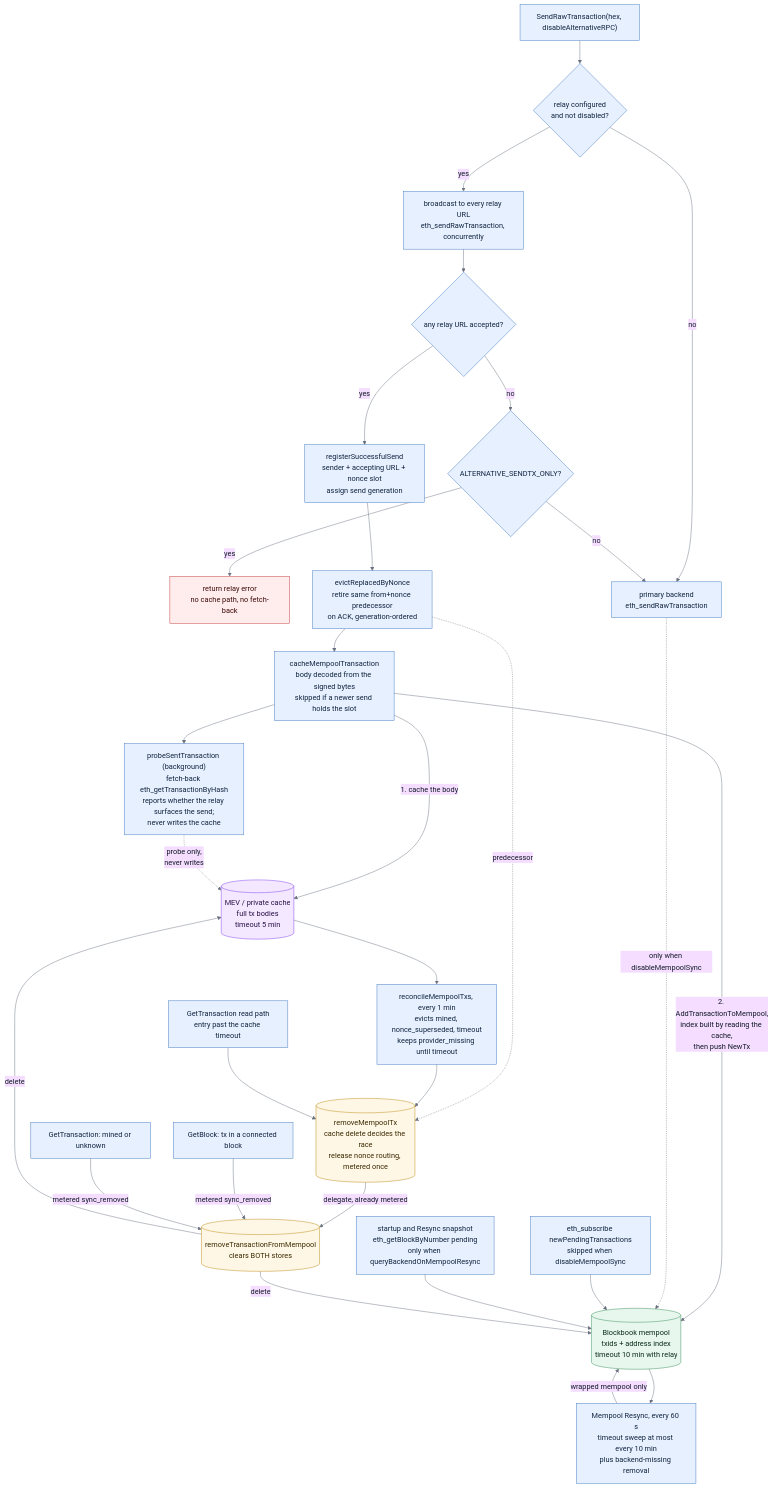
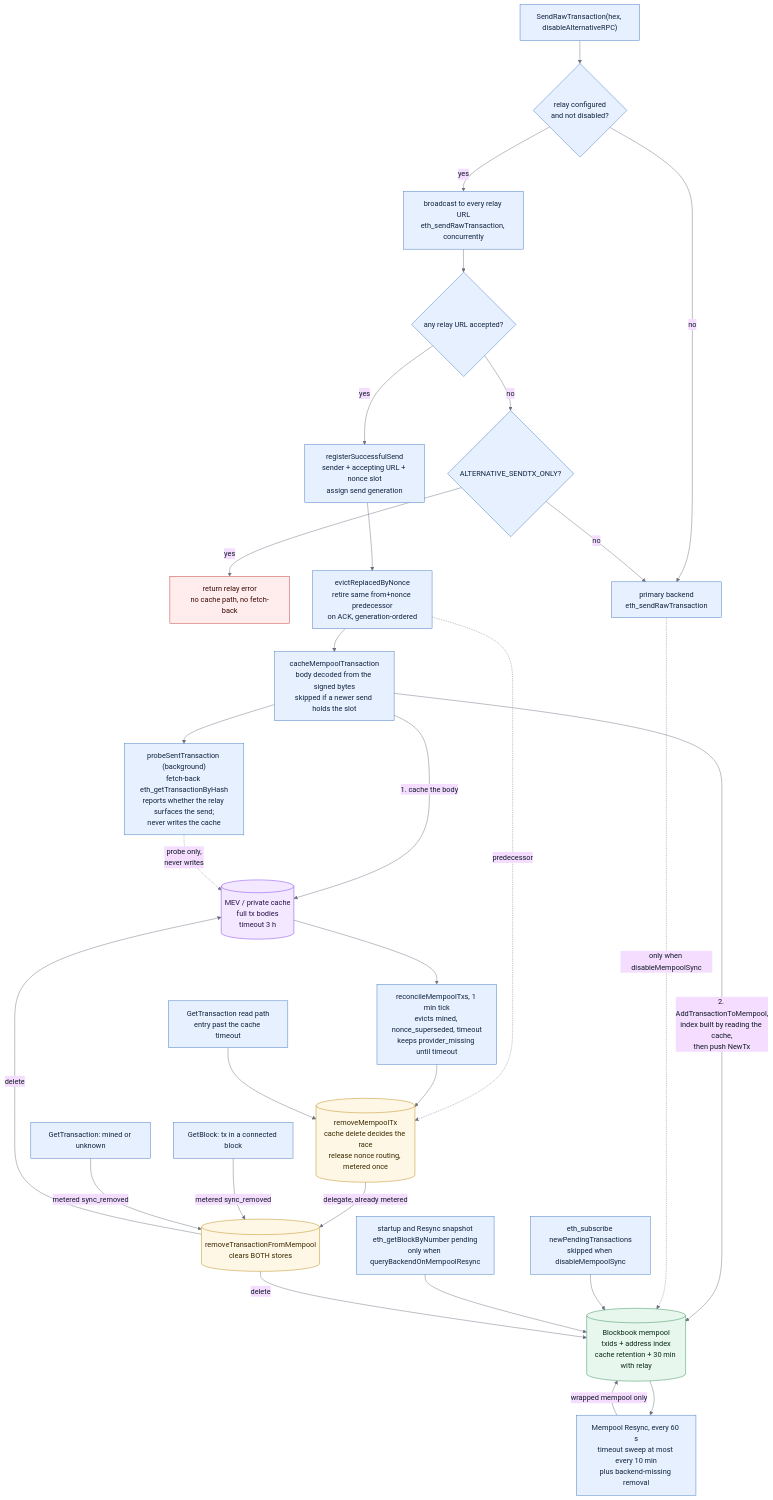
Before and after one commit to trezor/blockbook: the first of 3 diagrams in docs/evm-send-mempools.md, drawn with Mermaid. The commit also changed other lines of this file and 9 other files, not shown here.

````diff
--- a/docs/evm-send-mempools.md
+++ b/docs/evm-send-mempools.md
@@ -36,66 +37,66 @@
 ```mermaid
 %%{init: {"theme": "base", "themeVariables": {"lineColor": "#6b7280", "primaryTextColor": "#111827"}}}%%
 flowchart TD
     send["SendRawTransaction(hex, disableAlternativeRPC)"]
     route{"relay configured<br/>and not disabled?"}
     relay["broadcast to every relay URL<br/>eth_sendRawTransaction, concurrently"]
     acc{"any relay URL accepted?"}
     only{"ALTERNATIVE_SENDTX_ONLY?"}
     fail["return relay error<br/>no cache path, no fetch-back"]
     primary["primary backend<br/>eth_sendRawTransaction"]
     reg["registerSuccessfulSend<br/>sender + accepting URL + nonce slot<br/>assign send generation"]
     ackevict["evictReplacedByNonce<br/>retire same from+nonce predecessor<br/>on ACK, generation-ordered"]
     cache["cacheMempoolTransaction<br/>body decoded from the signed bytes<br/>skipped if a newer send holds the slot"]
     handle["probeSentTransaction (background)<br/>fetch-back eth_getTransactionByHash<br/>reports whether the relay surfaces the send;<br/>never writes the cache"]
 
     ws["eth_subscribe newPendingTransactions<br/>skipped when disableMempoolSync"]
     snap["startup and Resync snapshot<br/>eth_getBlockByNumber pending<br/>only when queryBackendOnMempoolResync"]
 
-    alt[("MEV / private cache<br/>full tx bodies<br/>timeout 5 min")]
-    pub[("Blockbook mempool<br/>txids + address index<br/>timeout 10 min with relay")]
+    alt[("MEV / private cache<br/>full tx bodies<br/>timeout 3 h")]
+    pub[("Blockbook mempool<br/>txids + address index<br/>cache retention + 30 min with relay")]
 
-    altrec["reconcileMempoolTxs, every 1 min<br/>evicts mined, nonce_superseded, timeout<br/>keeps provider_missing until timeout"]
+    altrec["reconcileMempoolTxs, 1 min tick<br/>evicts mined, nonce_superseded, timeout<br/>keeps provider_missing until timeout"]
     pubrec["Mempool Resync, every 60 s<br/>timeout sweep at most every 10 min<br/>plus backend-missing removal"]
 
     readalt["GetTransaction read path<br/>entry past the cache timeout"]
     blk["GetBlock: tx in a connected block"]
     readmined["GetTransaction: mined or unknown"]
 
     altrm[("removeMempoolTx<br/>cache delete decides the race<br/>release nonce routing, metered once")]
     bothrm[("removeTransactionFromMempool<br/>clears BOTH stores")]
 
     send --> route
     route -- "no" --> primary
     route -- "yes" --> relay --> acc
     acc -- "no" --> only
     only -- "yes" --> fail
     only -- "no" --> primary
     acc -- "yes" --> reg --> ackevict --> cache --> handle
     ackevict -. "predecessor" .-> altrm
     cache -- "1. cache the body" --> alt
     cache -- "2. AddTransactionToMempool,<br/>index built by reading the cache,<br/>then push NewTx" --> pub
     handle -. "probe only,<br/>never writes" .-> alt
     primary -. "only when disableMempoolSync" .-> pub
     ws --> pub
     snap --> pub
 
     alt --> altrec --> altrm
     readalt --> altrm
     altrm -- "delegate, already metered" --> bothrm
     blk -- "metered sync_removed" --> bothrm
     readmined -- "metered sync_removed" --> bothrm
     bothrm -- "delete" --> alt
     bothrm -- "delete" --> pub
     pub --> pubrec -- "wrapped mempool only" --> pub
 
     classDef step fill:#e7f0ff,stroke:#4078c0,color:#10243e;
     classDef mev fill:#f3e8ff,stroke:#7c3aed,color:#2b1148;
     classDef pubstore fill:#e8f7ed,stroke:#2e8b57,color:#0b2c19;
     classDef sink fill:#fff7e6,stroke:#b8860b,color:#3a2a00;
     classDef error fill:#ffecec,stroke:#c03535,color:#3b0a0a;
     class send,route,relay,acc,only,primary,reg,ackevict,cache,handle,ws,snap,altrec,pubrec,readalt,blk,readmined step;
     class alt mev;
     class pub pubstore;
     class altrm,bothrm sink;
     class fail error;
 ```
````
